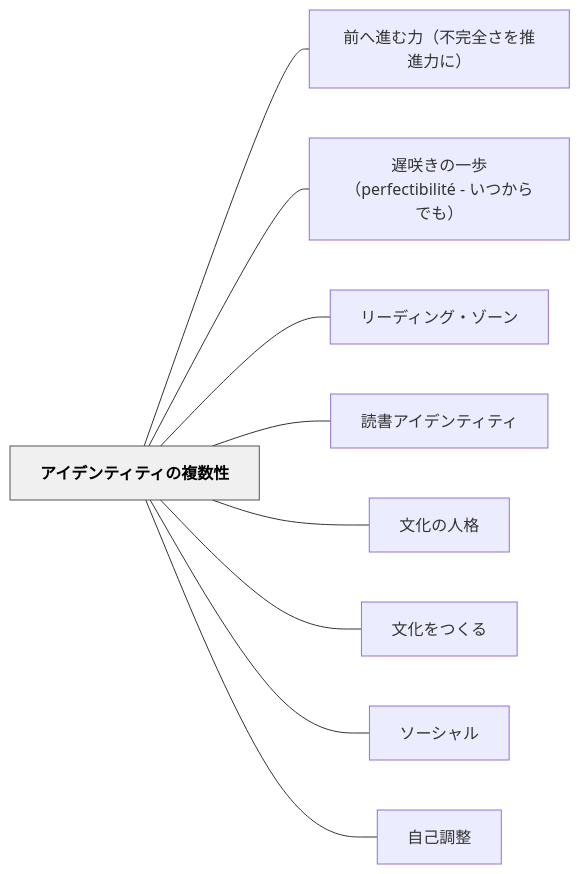
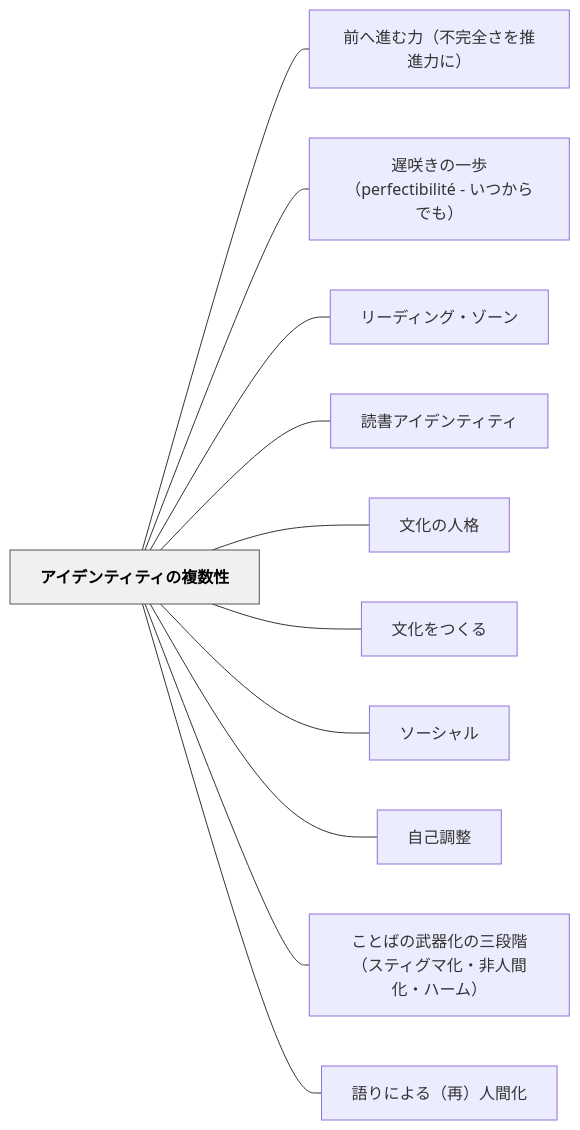
Before and after one commit to unknownthings-ed-patterns/unknownthings-ed-patterns: the diagram in content/パタン/アイデンティティの複数性.md, drawn with Mermaid. The commit also changed other lines of this file and 10 other files, not shown here.

````diff
--- a/content/パタン/アイデンティティの複数性.md
+++ b/content/パタン/アイデンティティの複数性.md
@@ -54,24 +56,28 @@
 ```mermaid
 flowchart LR
     ne382a2e382a4e38387e383b3e38386e382a3e38386e382a3e381aee8a487e695b0e680a7["アイデンティティの複数性"]
     ne5898de381b8e980b2e38280e58a9befbc88e4b88de5ae8ce585a8e38195e38292e68ea8e980b2e58a9be381abefbc89["前へ進む力（不完全さを推進力に）"]
     ne98185e592b2e3818de381aee4b880e6ada9efbc88706572666563746962696c6974c3a9202d20e38184e381a4e3818be38289e381a7e38282efbc89["遅咲きの一歩（perfectibilité - いつからでも）"]
     ne383aae383bce38387e382a3e383b3e382b0e383bbe382bee383bce383b3["リーディング・ゾーン"]
     ne8aaade69bb8e382a2e382a4e38387e383b3e38386e382a3e38386e382a3["読書アイデンティティ"]
     ne69687e58c96e381aee4babae6a0bc["文化の人格"]
     ne69687e58c96e38292e381a4e3818fe3828b["文化をつくる"]
     ne382bde383bce382b7e383a3e383ab["ソーシャル"]
     ne887aae5b7b1e8aabfe695b4["自己調整"]
+    ne38193e381a8e381b0e381aee6ada6e599a8e58c96e381aee4b889e6aeb5e99a8eefbc88e382b9e38386e382a3e382b0e3839ee58c96e383bbe99d9ee4babae99693e58c96e383bbe3838fe383bce383a0efbc89["ことばの武器化の三段階（スティグマ化・非人間化・ハーム）"]
+    ne8aa9ee3828ae381abe38288e3828befbc88e5868defbc89e4babae99693e58c96["語りによる（再）人間化"]
 
     ne382a2e382a4e38387e383b3e38386e382a3e38386e382a3e381aee8a487e695b0e680a7 --- ne5898de381b8e980b2e38280e58a9befbc88e4b88de5ae8ce585a8e38195e38292e68ea8e980b2e58a9be381abefbc89
     ne382a2e382a4e38387e383b3e38386e382a3e38386e382a3e381aee8a487e695b0e680a7 --- ne98185e592b2e3818de381aee4b880e6ada9efbc88706572666563746962696c6974c3a9202d20e38184e381a4e3818be38289e381a7e38282efbc89
     ne382a2e382a4e38387e383b3e38386e382a3e38386e382a3e381aee8a487e695b0e680a7 --- ne383aae383bce38387e382a3e383b3e382b0e383bbe382bee383bce383b3
     ne382a2e382a4e38387e383b3e38386e382a3e38386e382a3e381aee8a487e695b0e680a7 --- ne8aaade69bb8e382a2e382a4e38387e383b3e38386e382a3e38386e382a3
     ne382a2e382a4e38387e383b3e38386e382a3e38386e382a3e381aee8a487e695b0e680a7 --- ne69687e58c96e381aee4babae6a0bc
     ne382a2e382a4e38387e383b3e38386e382a3e38386e382a3e381aee8a487e695b0e680a7 --- ne69687e58c96e38292e381a4e3818fe3828b
     ne382a2e382a4e38387e383b3e38386e382a3e38386e382a3e381aee8a487e695b0e680a7 --- ne382bde383bce382b7e383a3e383ab
     ne382a2e382a4e38387e383b3e38386e382a3e38386e382a3e381aee8a487e695b0e680a7 --- ne887aae5b7b1e8aabfe695b4
+    ne382a2e382a4e38387e383b3e38386e382a3e38386e382a3e381aee8a487e695b0e680a7 --- ne38193e381a8e381b0e381aee6ada6e599a8e58c96e381aee4b889e6aeb5e99a8eefbc88e382b9e38386e382a3e382b0e3839ee58c96e383bbe99d9ee4babae99693e58c96e383bbe3838fe383bce383a0efbc89
+    ne382a2e382a4e38387e383b3e38386e382a3e38386e382a3e381aee8a487e695b0e680a7 --- ne8aa9ee3828ae381abe38288e3828befbc88e5868defbc89e4babae99693e58c96
 
     classDef hub fill:#f0f0f0,stroke:#555,color:#000,font-weight:bold
     class ne382a2e382a4e38387e383b3e38386e382a3e38386e382a3e381aee8a487e695b0e680a7 hub
 ```
````
